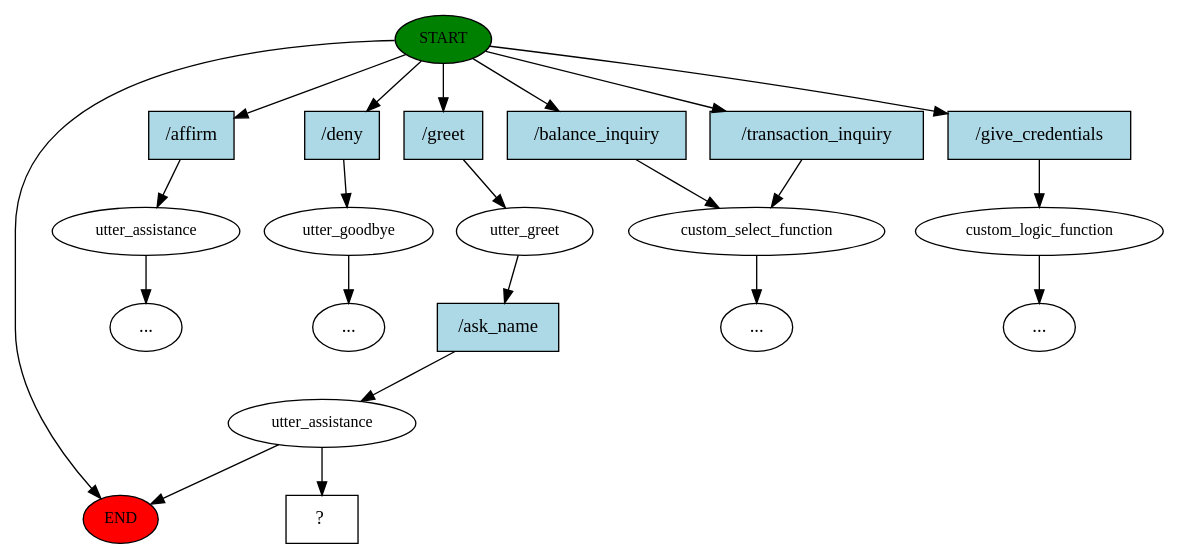
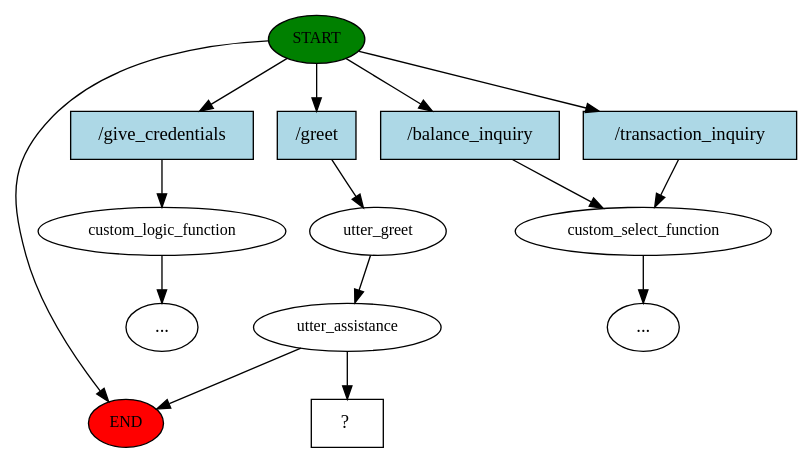
Before and after one commit to PascalRai/financial_bot: the diagram in story_graph.dot, drawn with Graphviz. The commit also changed 6 other files, not shown here.

```diff
--- a/story_graph.dot
+++ b/story_graph.dot
@@ -1,43 +1,29 @@
 digraph  {
 0 [class="start active", fillcolor=green, fontsize=12, label=START, style=filled];
 "-1" [class=end, fillcolor=red, fontsize=12, label=END, style=filled];
-1 [class="", fontsize=12, label=utter_assistance];
-"-3" [class=ellipsis, label="..."];
-2 [class="", fontsize=12, label=utter_goodbye];
-"-4" [class=ellipsis, label="..."];
+1 [class="", fontsize=12, label=custom_logic_function];
 3 [class=active, fontsize=12, label=utter_greet];
 4 [class=active, fontsize=12, label=utter_assistance];
 5 [class="", fontsize=12, label=custom_select_function];
 "-6" [class=ellipsis, label="..."];
-7 [class="", fontsize=12, label=custom_logic_function];
-"-10" [class=ellipsis, label="..."];
-13 [class="intent dashed active", label="  ?  ", shape=rect];
-14 [class=intent, fillcolor=lightblue, label="/affirm", shape=rect, style=filled];
-15 [class=intent, fillcolor=lightblue, label="/deny", shape=rect, style=filled];
-16 [class="intent active", fillcolor=lightblue, label="/greet", shape=rect, style=filled];
-17 [class=intent, fillcolor=lightblue, label="/balance_inquiry", shape=rect, style=filled];
-18 [class=intent, fillcolor=lightblue, label="/transaction_inquiry", shape=rect, style=filled];
-19 [class=intent, fillcolor=lightblue, label="/give_credentials", shape=rect, style=filled];
-20 [class="intent active", fillcolor=lightblue, label="/ask_name", shape=rect, style=filled];
+"-8" [class=ellipsis, label="..."];
+11 [class="intent dashed active", label="  ?  ", shape=rect];
+12 [class=intent, fillcolor=lightblue, label="/give_credentials", shape=rect, style=filled];
+13 [class="intent active", fillcolor=lightblue, label="/greet", shape=rect, style=filled];
+14 [class=intent, fillcolor=lightblue, label="/balance_inquiry", shape=rect, style=filled];
+15 [class=intent, fillcolor=lightblue, label="/transaction_inquiry", shape=rect, style=filled];
 0 -> "-1"  [class="", key=NONE, label=""];
+0 -> 12  [class="", key=0];
+0 -> 13  [class=active, key=0];
 0 -> 14  [class="", key=0];
 0 -> 15  [class="", key=0];
-0 -> 16  [class=active, key=0];
-0 -> 17  [class="", key=0];
-0 -> 18  [class="", key=0];
-0 -> 19  [class="", key=0];
-1 -> "-3"  [class="", key=NONE, label=""];
-2 -> "-4"  [class="", key=NONE, label=""];
-3 -> 20  [class=active, key=0];
+1 -> "-8"  [class="", key=NONE, label=""];
+3 -> 4  [class=active, key=NONE, label=""];
 4 -> "-1"  [class="", key=NONE, label=""];
-4 -> 13  [class=active, key=NONE, label=""];
+4 -> 11  [class=active, key=NONE, label=""];
 5 -> "-6"  [class="", key=NONE, label=""];
-7 -> "-10"  [class="", key=NONE, label=""];
-14 -> 1  [class="", key=0];
-15 -> 2  [class="", key=0];
-16 -> 3  [class=active, key=0];
-17 -> 5  [class="", key=0];
-18 -> 5  [class="", key=0];
-19 -> 7  [class="", key=0];
-20 -> 4  [class=active, key=0];
+12 -> 1  [class="", key=0];
+13 -> 3  [class=active, key=0];
+14 -> 5  [class="", key=0];
+15 -> 5  [class="", key=0];
 }
```
